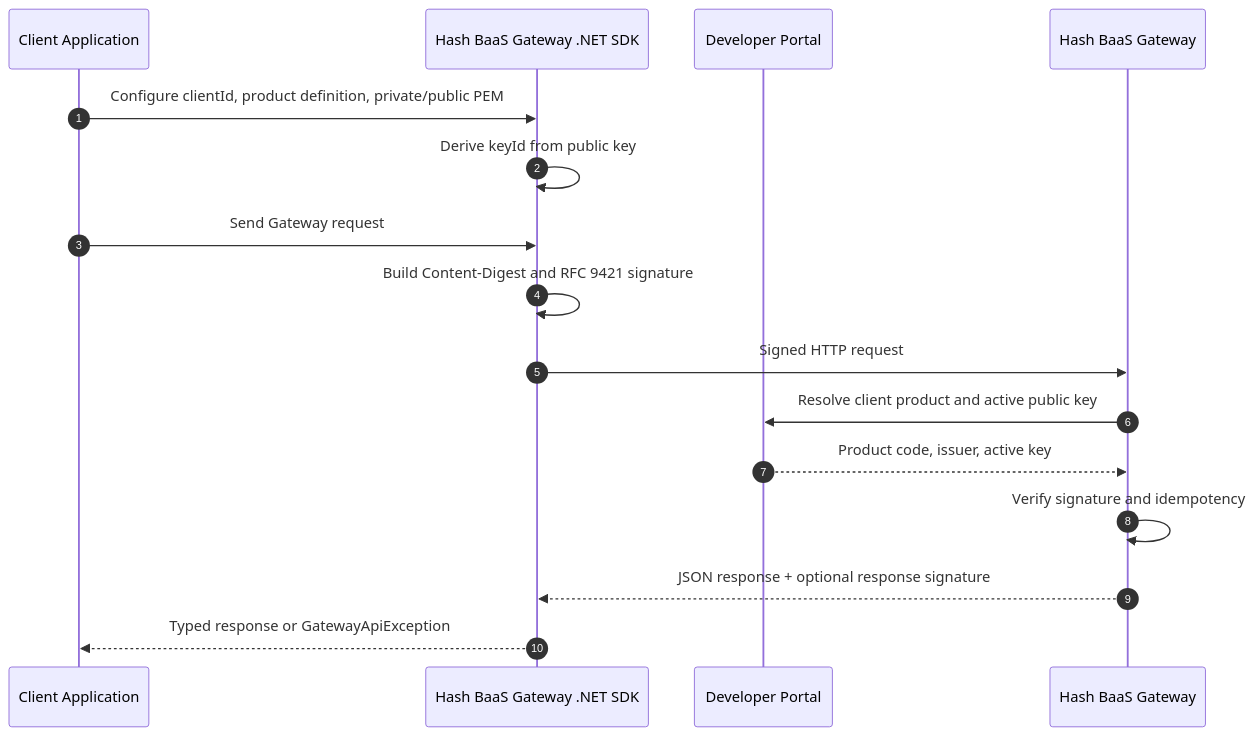
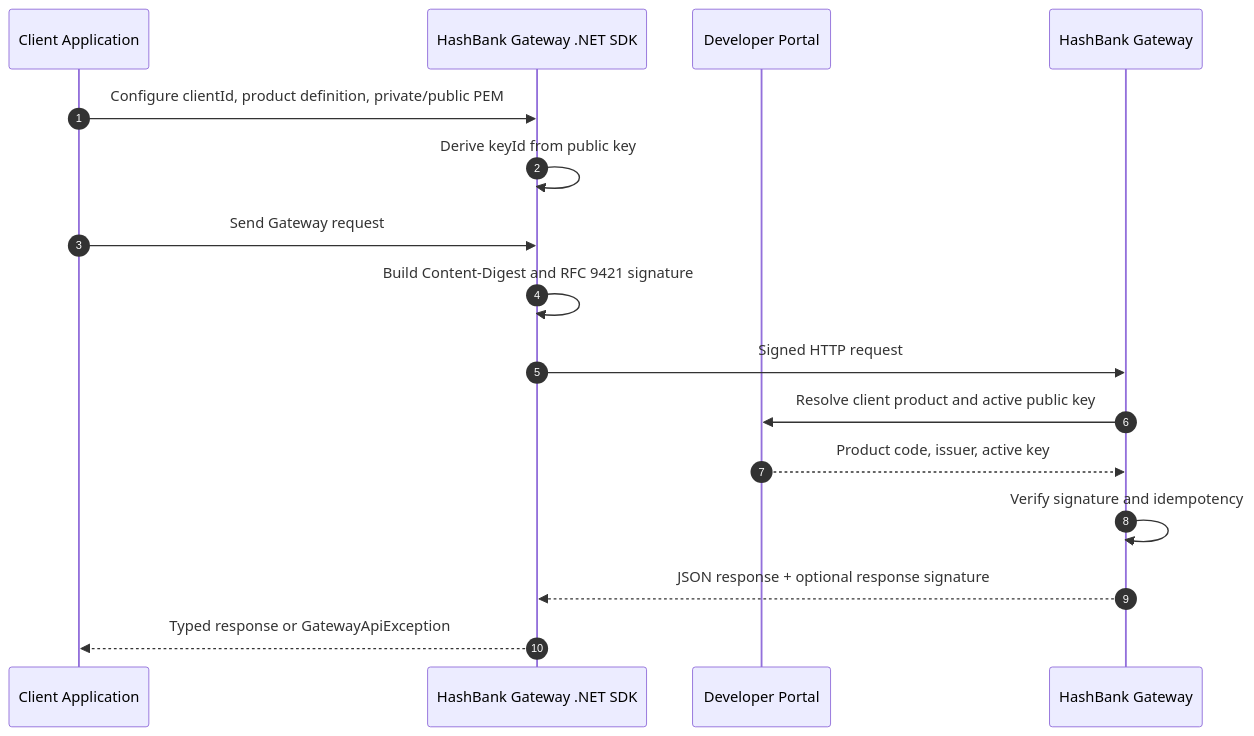
Before and after one commit to hash-bank/baas-gateway-dotnet-sdk: the diagram in README.md, drawn with Mermaid. The commit also changed other lines of this file and 11 other files, not shown here.

````diff
--- a/README.md
+++ b/README.md
@@ -39,19 +39,19 @@
 ```mermaid
 sequenceDiagram
     autonumber
     participant App as Client Application
-    participant SDK as Hash BaaS Gateway .NET SDK
+    participant SDK as HashBank Gateway .NET SDK
     participant Portal as Developer Portal
-    participant Gateway as Hash BaaS Gateway
+    participant Gateway as HashBank Gateway
 
     App->>SDK: Configure clientId, product definition, private/public PEM
     SDK->>SDK: Derive keyId from public key
     App->>SDK: Send Gateway request
     SDK->>SDK: Build Content-Digest and RFC 9421 signature
     SDK->>Gateway: Signed HTTP request
     Gateway->>Portal: Resolve client product and active public key
     Portal-->>Gateway: Product code, issuer, active key
     Gateway->>Gateway: Verify signature and idempotency
     Gateway-->>SDK: JSON response + optional response signature
     SDK-->>App: Typed response or GatewayApiException
 ```
````
